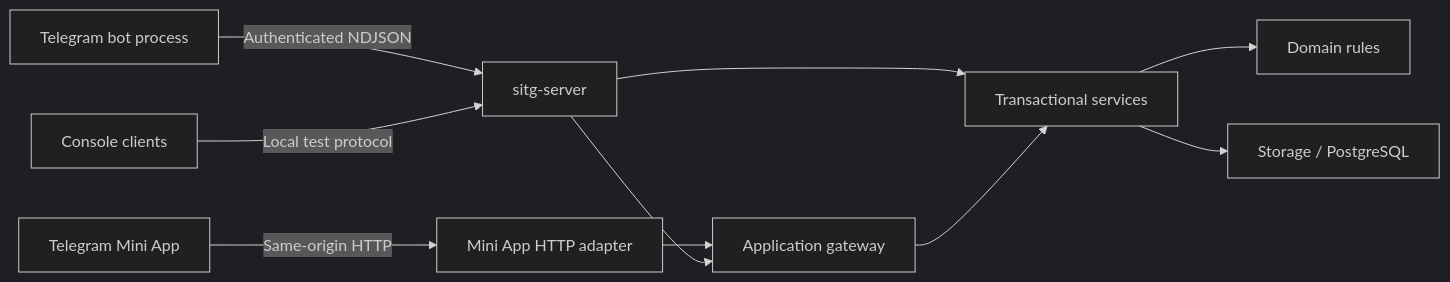
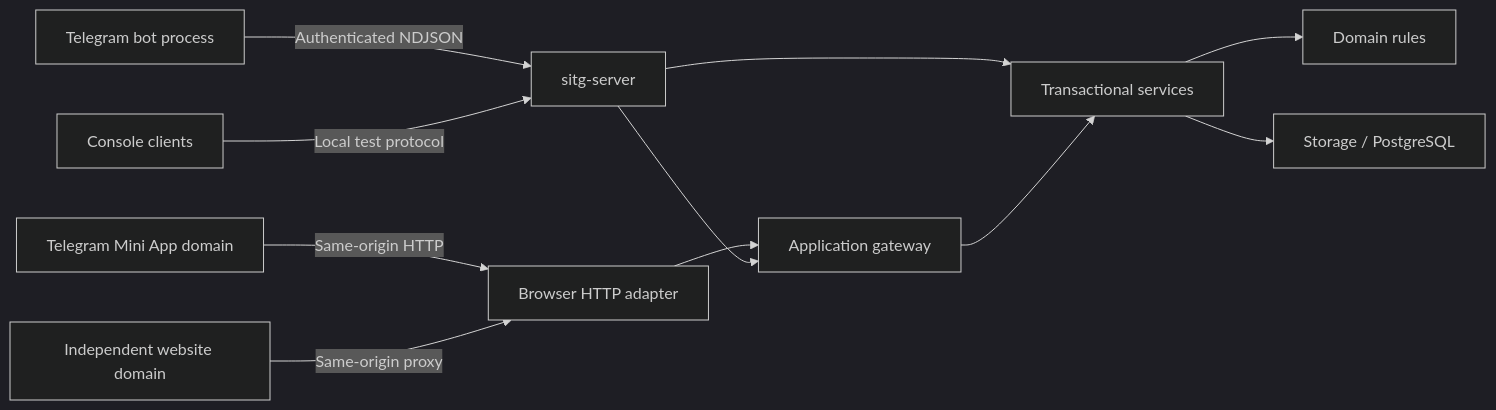
The diagram in docs/architecture.md (nikofon/sitg_bot), drawn with Mermaid (dark theme) before and after one commit. The commit also changed other lines of this file and 47 other files, not shown here.

````diff
--- a/docs/architecture.md
+++ b/docs/architecture.md
@@ -10,12 +10,13 @@
 ```mermaid
 flowchart LR
     Telegram["Telegram bot process"] -->|Authenticated NDJSON| Server["sitg-server"]
     Console["Console clients"] -->|Local test protocol| Server
-    Browser["Telegram Mini App"] -->|Same-origin HTTP| HTTP["Mini App HTTP adapter"]
+    MiniApp["Telegram Mini App domain"] -->|Same-origin HTTP| HTTP["Browser HTTP adapter"]
+    Website["Independent website domain"] -->|Same-origin proxy| HTTP
     HTTP --> Gateway["Application gateway"]
     Server --> Gateway
     Server --> Services["Transactional services"]
     Gateway --> Services
     Services --> Domain["Domain rules"]
     Services --> Storage["Storage / PostgreSQL"]
 ```
````
